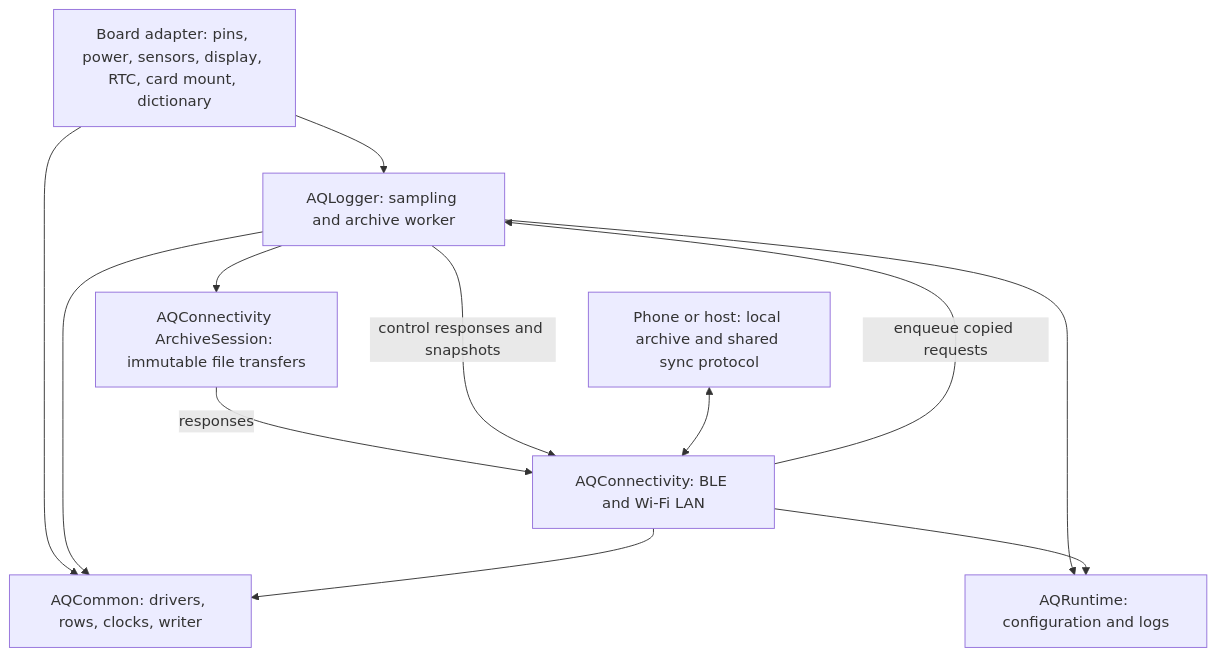
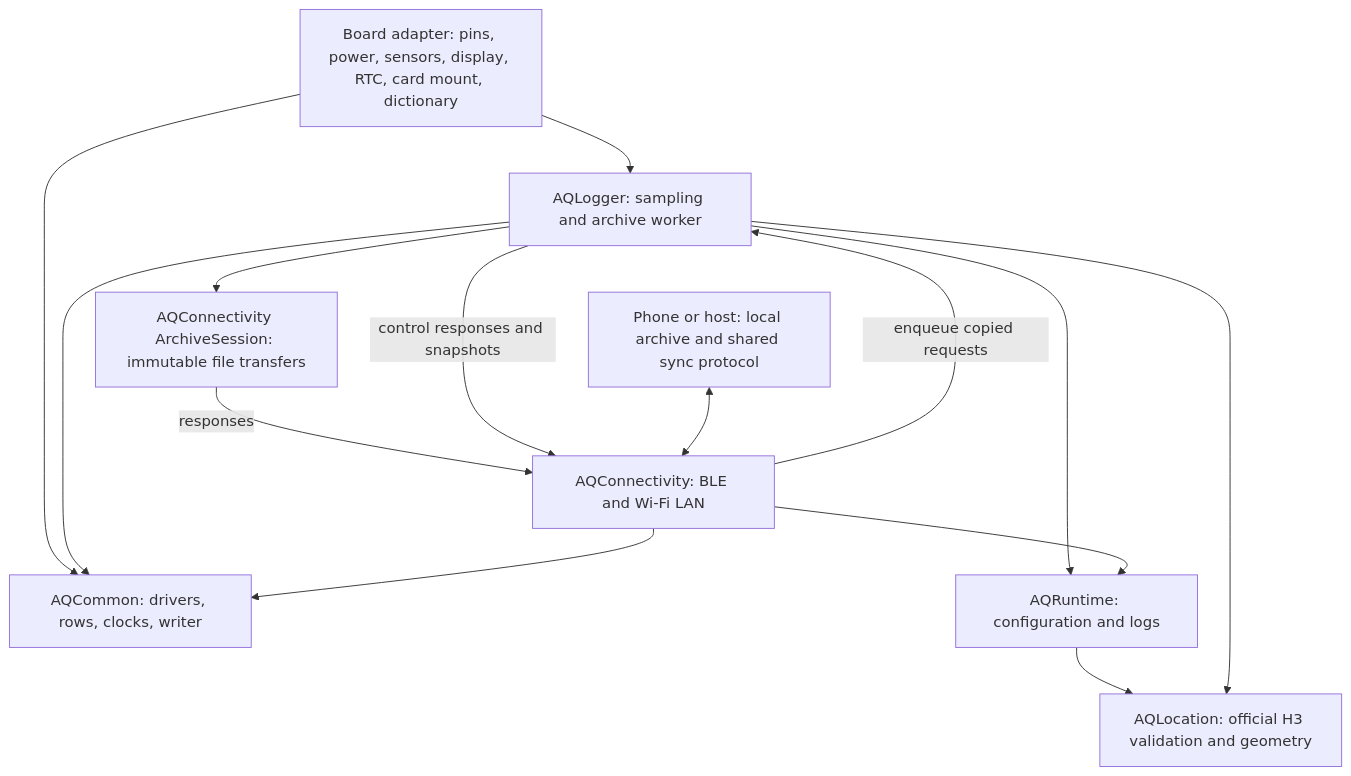
One commit to walkthru-earth/aq-parquet changed the diagram in firmware/common/README.md. Above: the diagram before and after it, drawn with Mermaid. The commit also changed other lines of this file and 118 other files, not shown here.

````diff
--- a/firmware/common/README.md
+++ b/firmware/common/README.md
@@ -28,14 +30,16 @@
 ```mermaid
 flowchart TD
   Board[Board adapter: pins, power, sensors, display, RTC, card mount, dictionary] --> Logger[AQLogger: sampling and archive worker]
   Board --> Base[AQCommon: drivers, rows, clocks, writer]
   Logger --> Base
   Logger --> Runtime[AQRuntime: configuration and logs]
   Radio[AQConnectivity: BLE and Wi-Fi LAN] -->|enqueue copied requests| Logger
   Logger --> Archive[AQConnectivity ArchiveSession: immutable file transfers]
   Archive -->|responses| Radio
   Logger -->|control responses and snapshots| Radio
   Radio --> Base
   Radio --> Runtime
+  Runtime --> Location[AQLocation: official H3 validation and geometry]
+  Logger --> Location
   Phone[Phone or host: local archive and shared sync protocol] <--> Radio
 ```
````
